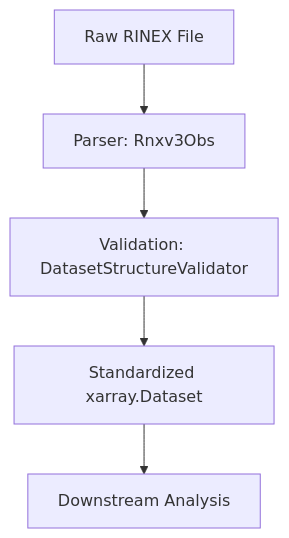
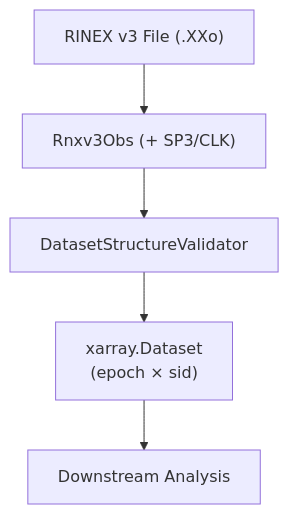
The diagram in docs/packages/readers/overview.md (mfkiwl/canvodpy), drawn with Mermaid before and after one commit. The commit also changed other lines of this file and 38 other files, not shown here.

````diff
--- a/docs/packages/readers/overview.md
+++ b/docs/packages/readers/overview.md
@@ -29,8 +38,7 @@
 ```mermaid
 graph TD
-    A[Raw RINEX File] --> B[Parser: Rnxv3Obs]
-    B --> C[Validation: DatasetStructureValidator]
-    C --> D[Standardized xarray.Dataset]
-    D --> E[Downstream Analysis]
-
+    A1["RINEX v3 File (.XXo)"] --> B1["Rnxv3Obs (+ SP3/CLK)"]
+    B1 --> C["DatasetStructureValidator"]
+    C --> D["xarray.Dataset\n(epoch × sid)"]
+    D --> F["Downstream Analysis"]
 ```
````
